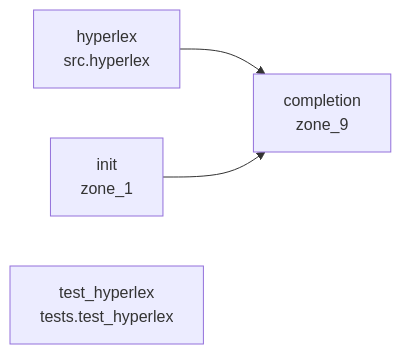
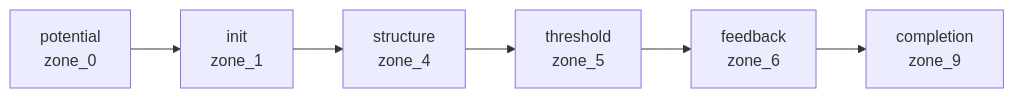
Before and after one commit to scrimshawlife-ctrl/Hyperlex: the diagram in examples/hyperlex-symbolic/architecture.mmd, drawn with Mermaid. The commit also changed other lines of this file and 3 other files, not shown here.

````diff
--- a/examples/hyperlex-symbolic/architecture.mmd
+++ b/examples/hyperlex-symbolic/architecture.mmd
@@ -4,9 +4,14 @@
 ```mermaid
 flowchart LR
-  src_hyperlex["hyperlex<br/>src.hyperlex"]
-  src_hyperlex___main__["init<br/>zone_1"]
-  src_hyperlex_engine["completion<br/>zone_9"]
-  tests_test_hyperlex["test_hyperlex<br/>tests.test_hyperlex"]
-  src_hyperlex --> src_hyperlex_engine
-  src_hyperlex___main__ --> src_hyperlex_engine
+  potential["potential<br/>zone_0"]
+  init["init<br/>zone_1"]
+  structure["structure<br/>zone_4"]
+  threshold["threshold<br/>zone_5"]
+  feedback["feedback<br/>zone_6"]
+  completion["completion<br/>zone_9"]
+  potential --> init
+  init --> structure
+  structure --> threshold
+  threshold --> feedback
+  feedback --> completion
 ```
````
